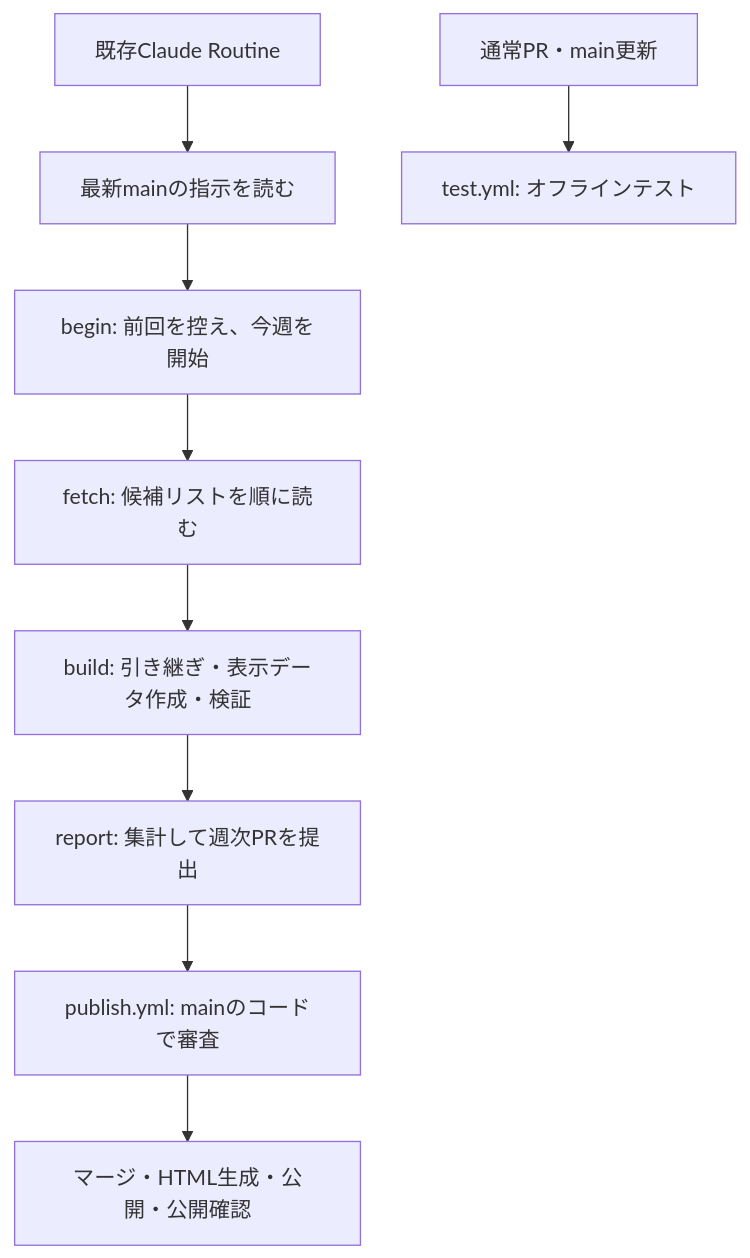
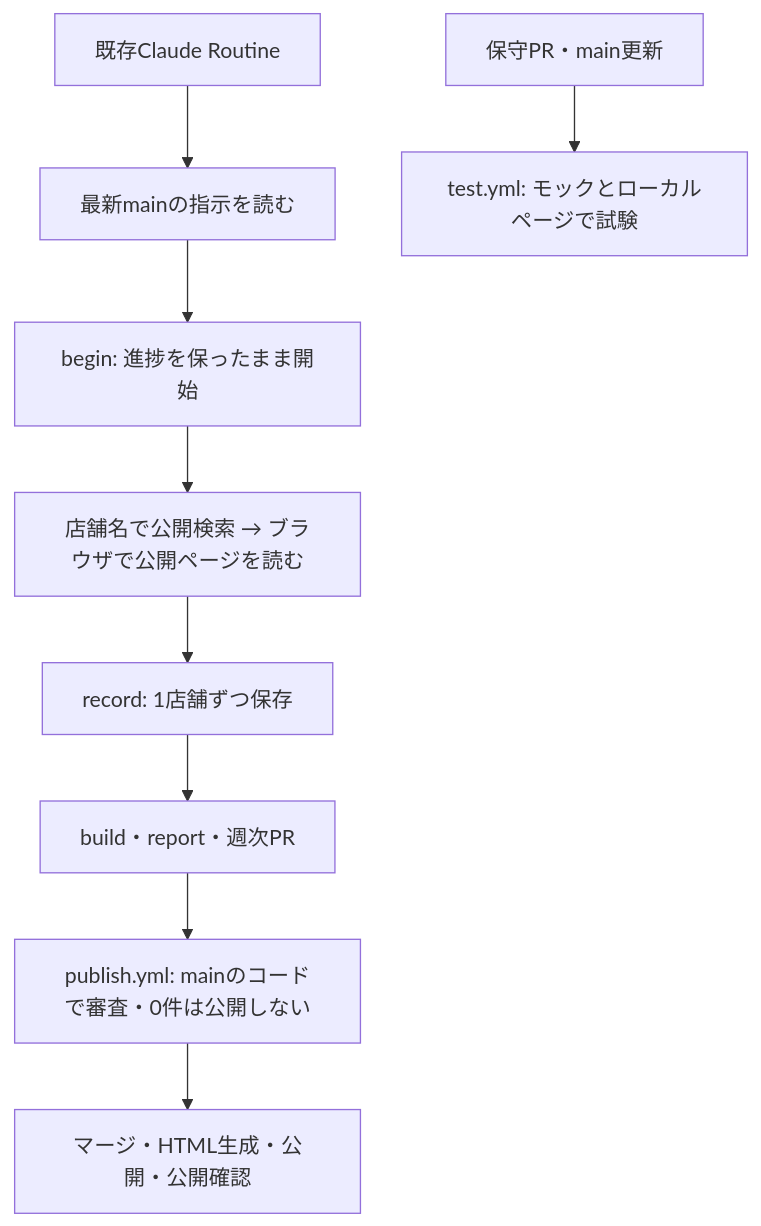
One commit to tsubasa0518/afternoon-tea changed the diagram in README.md. Above: the diagram before and after it, drawn with Mermaid. The commit also changed other lines of this file and 25 other files, not shown here.

````diff
--- a/README.md
+++ b/README.md
@@ -7,11 +15,11 @@
 ```mermaid
 flowchart TD
     A[既存Claude Routine] --> B[最新mainの指示を読む]
-    B --> C[begin: 前回を控え、今週を開始]
-    C --> D[fetch: 候補リストを順に読む]
-    D --> E[build: 引き継ぎ・表示データ作成・検証]
-    E --> F[report: 集計して週次PRを提出]
-    F --> G[publish.yml: mainのコードで審査]
+    B --> C[begin: 進捗を保ったまま開始]
+    C --> D[店舗名で公開検索 → ブラウザで公開ページを読む]
+    D --> E[record: 1店舗ずつ保存]
+    E --> F[build・report・週次PR]
+    F --> G[publish.yml: mainのコードで審査・0件は公開しない]
     G --> H[マージ・HTML生成・公開・公開確認]
-    I[通常PR・main更新] --> J[test.yml: オフラインテスト]
+    I[保守PR・main更新] --> J[test.yml: モックとローカルページで試験]
 ```
````
